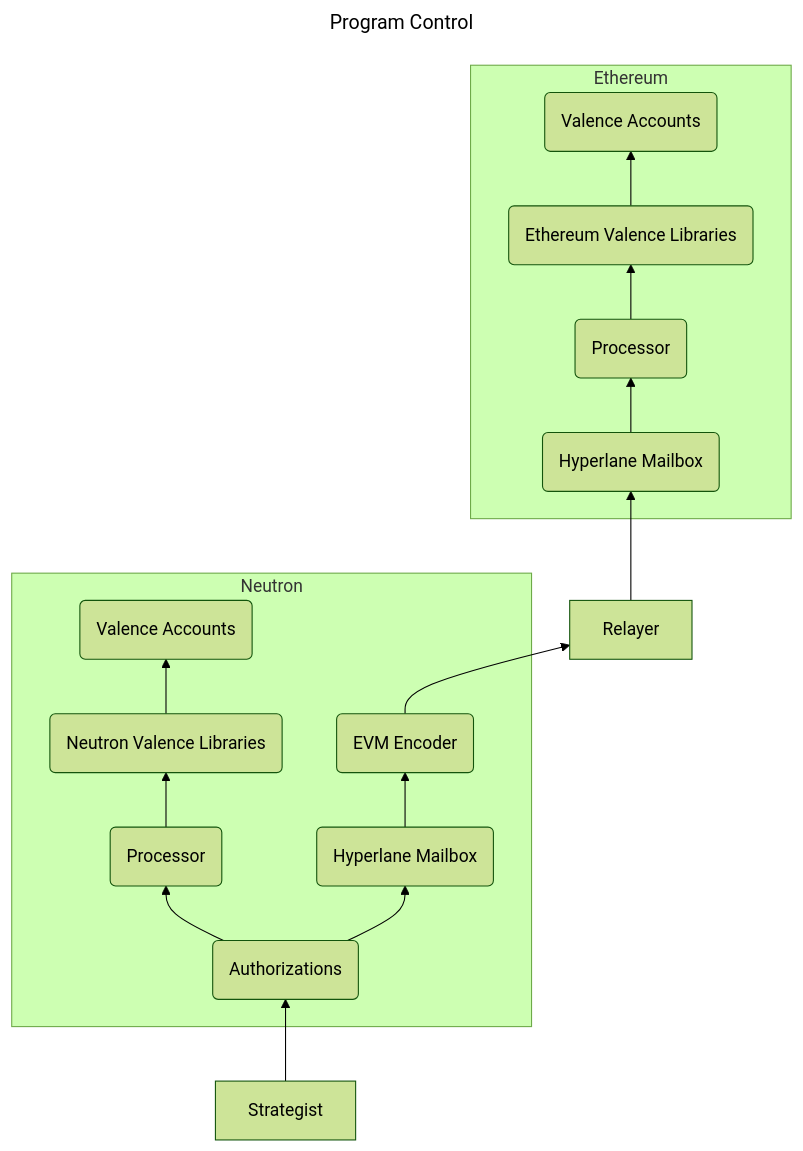
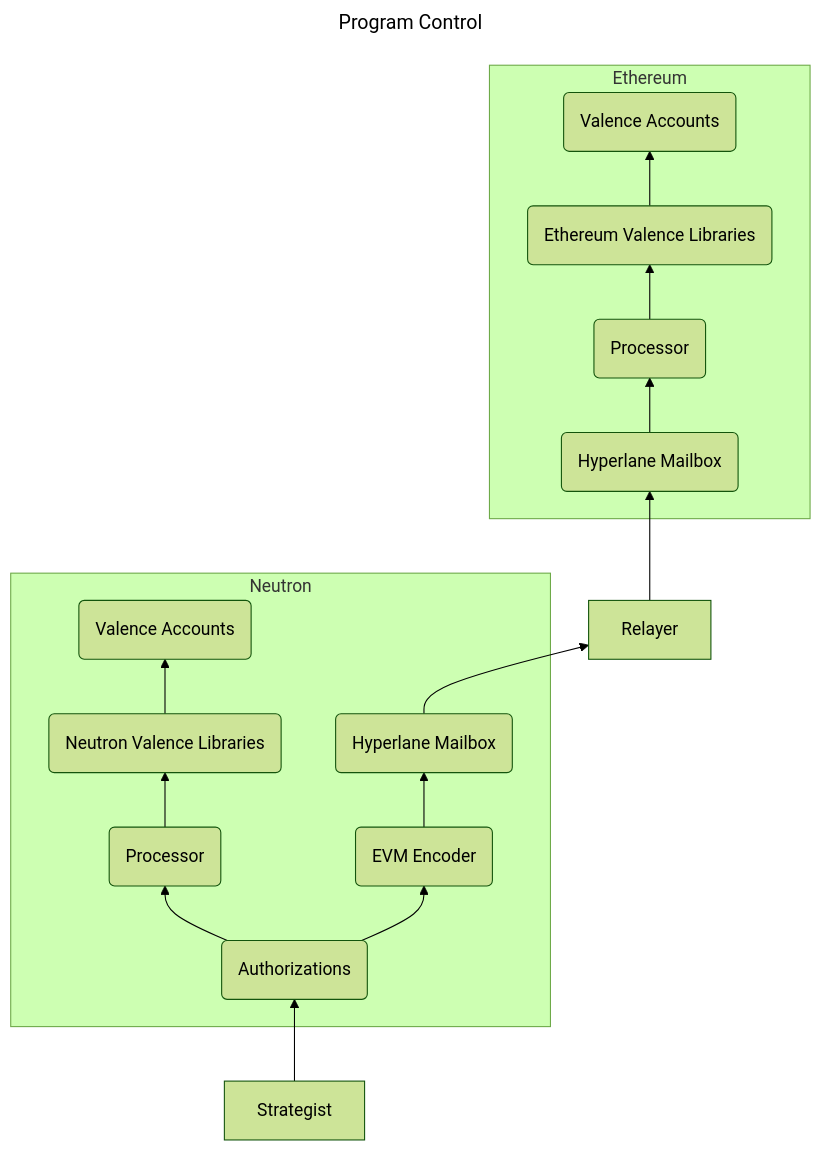
The second of 6 diagrams in docs/src/examples/crosschain_vaults.md (timewave-computer/valence-protocol), drawn with Mermaid (forest theme) before and after one commit.

Commit message:
swap evm encoder and h mailbox

````diff
--- a/docs/src/examples/crosschain_vaults.md
+++ b/docs/src/examples/crosschain_vaults.md
@@ -39,25 +39,25 @@
 ```mermaid
 ---
 title: Program Control
 ---
 graph BT
 	Strategist
 	subgraph Ethereum
 		EP(Processor)
 		EHM(Hyperlane Mailbox)
 		EL(Ethereum Valence Libraries)
 		EVA(Valence Accounts)
 	end
 	subgraph Neutron
 		A(Authorizations)
 		NP(Processor)
 		EE(EVM Encoder)
 		NHM(Hyperlane Mailbox)
 		NL(Neutron Valence Libraries)
 		NVA(Valence Accounts)
 	end
 
 	Strategist --> A
-	A --> NHM --> EE --> Relayer --> EHM --> EP --> EL --> EVA
+	A --> EE --> NHM --> Relayer --> EHM --> EP --> EL --> EVA
 	A --> NP --> NL--> NVA
 ```
````
